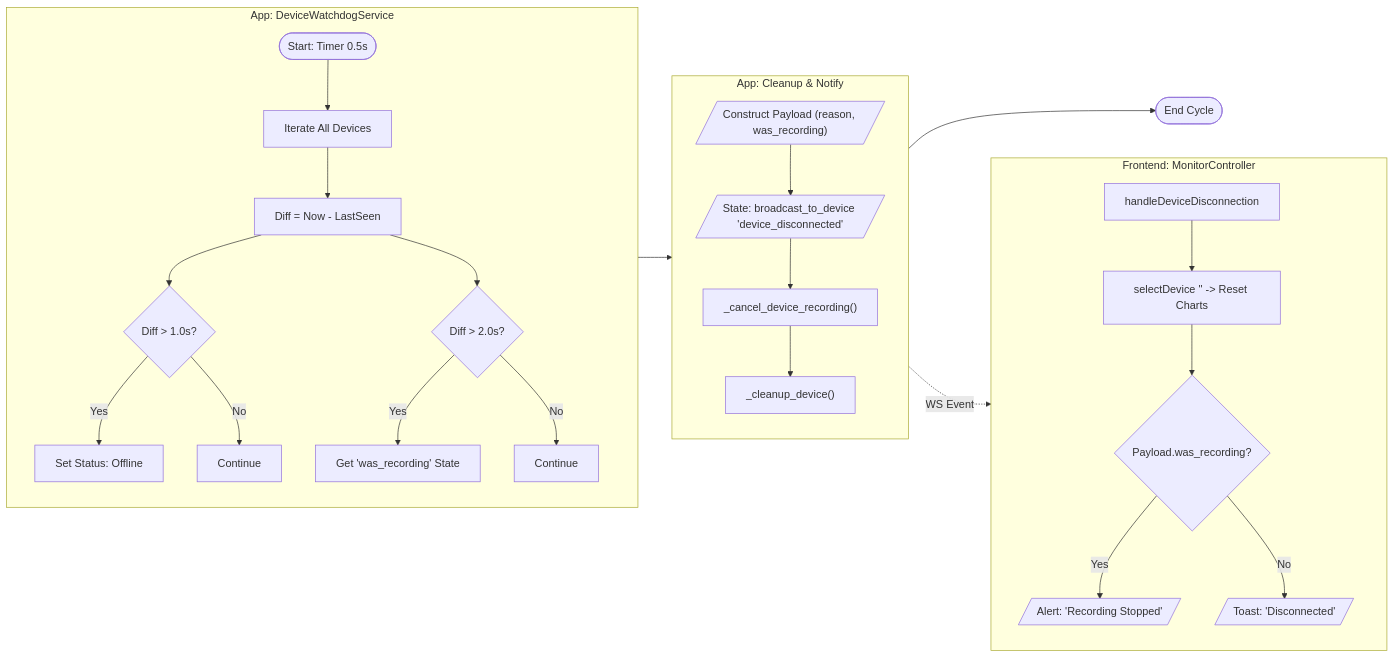
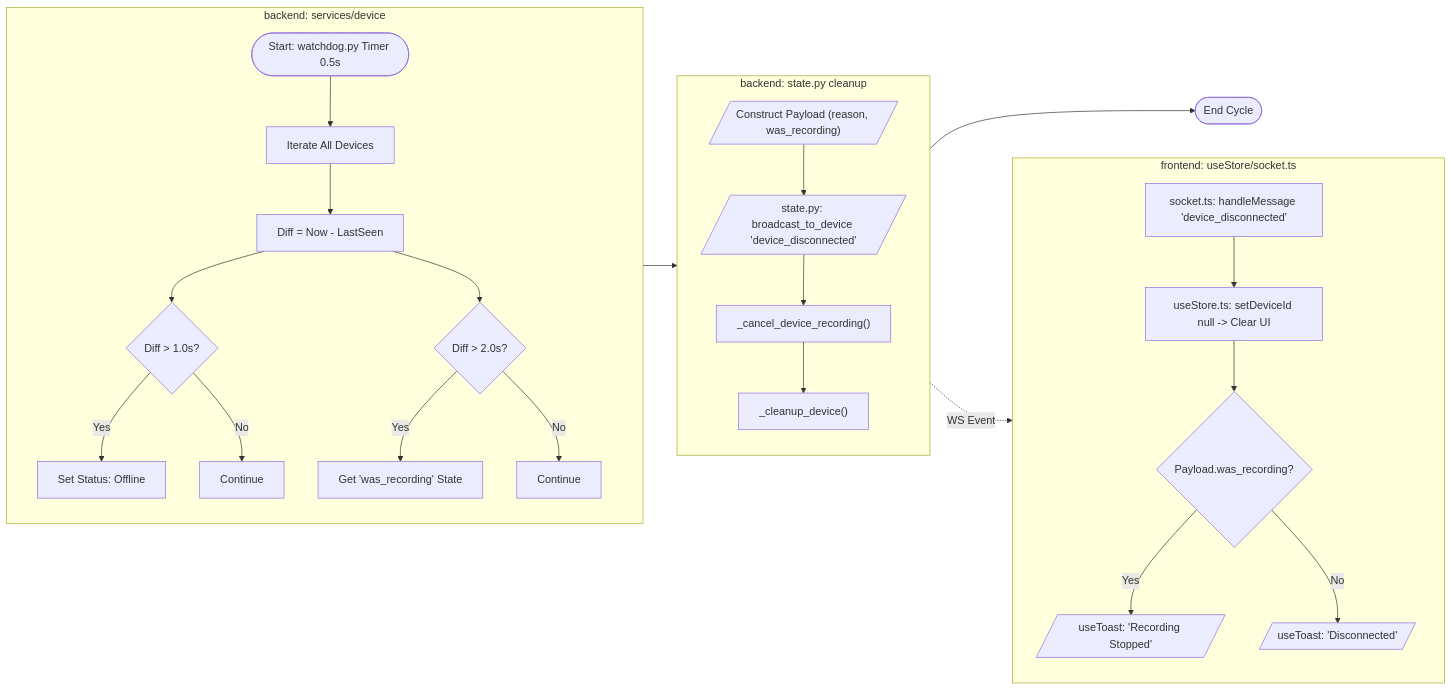
One commit to affanrk/ecg-puskesmas changed the third of 11 diagrams in SYSTEM_FLOWS.md. Above: the diagram before and after it, drawn with Mermaid. The commit also changed other lines of this file and 176 other files, not shown here.

Commit message:
BE_FE: Separate Frontend & Backend, Framework FE -> Next.JS (UI), Backend-> FastAPI (Service for API & Websocket)

````diff
--- a/SYSTEM_FLOWS.md
+++ b/SYSTEM_FLOWS.md
@@ -110,45 +110,45 @@
 ```mermaid
 flowchart LR
     %% SWIMLANE: BACKGROUND SERVICE
-    subgraph Watchdog [App: DeviceWatchdogService]
+    subgraph Watchdog [backend: services/device]
         direction TB
-        Timer([Start: Timer 0.5s])
+        Timer([Start: watchdog.py Timer 0.5s])
         CheckLoop[Iterate All Devices]
         CalcDiff[Diff = Now - LastSeen]
         
         Timer --> CheckLoop --> CalcDiff
         
         IsOffline{Diff > 1.0s?}
         IsDisc{Diff > 2.0s?}
         
         CalcDiff --> IsOffline
         IsOffline -- Yes --> MarkOff[Set Status: Offline]
         IsOffline -- No --> Cont1[Continue]
         
         CalcDiff --> IsDisc
         IsDisc -- Yes --> GetRecState[Get 'was_recording' State]
         IsDisc -- No --> Cont2[Continue]
     end
 
     %% SWIMLANE: DISCONNECTION LOGIC
-    subgraph Cleanup_Logic [App: Cleanup & Notify]
+    subgraph Cleanup_Logic [backend: state.py cleanup]
         direction TB
         GetRecState --> Payload[/"Construct Payload (reason, was_recording)"/]
-        Payload --> Broadcast[/State: broadcast_to_device 'device_disconnected'/]
+        Payload --> Broadcast[/state.py: broadcast_to_device 'device_disconnected'/]
         Broadcast --> CancelRec["_cancel_device_recording()"]
         CancelRec --> WipeMem["_cleanup_device()"]
     end
 
     %% SWIMLANE: FRONTEND RESPONSE
-    subgraph Frontend_UI [Frontend: MonitorController]
+    subgraph Frontend_UI [frontend: useStore/socket.ts]
         direction TB
-        Broadcast -.->|WS Event| HdlDisc[handleDeviceDisconnection]
-        HdlDisc --> ResetUI[selectDevice '' -> Reset Charts]
+        Broadcast -.->|WS Event| HdlDisc[socket.ts: handleMessage 'device_disconnected']
+        HdlDisc --> ResetUI[useStore.ts: setDeviceId null -> Clear UI]
         
         ResetUI --> CheckFlag{Payload.was_recording?}
-        CheckFlag -- Yes --> Alert[/Alert: 'Recording Stopped'/]
-        CheckFlag -- No --> Toast[/Toast: 'Disconnected'/]
+        CheckFlag -- Yes --> Alert[/useToast: 'Recording Stopped'/]
+        CheckFlag -- No --> Toast[/useToast: 'Disconnected'/]
     end
     
     WipeMem --> EndWD([End Cycle])
 ```
````
